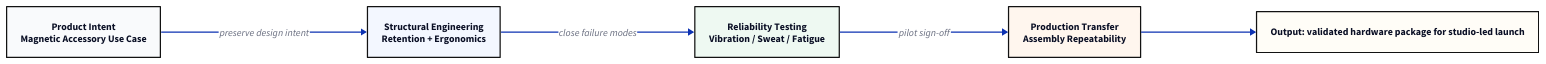
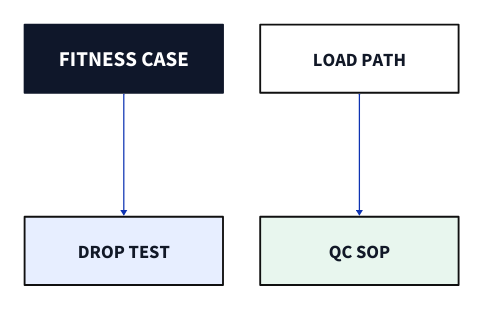
One commit to shenlian583-afk/tianan changed the diagram in assets/covers/d2/cover-fitness.d2. Above: the diagram before and after it, drawn with D2. The commit also changed 23 other files, not shown here.

```diff
--- a/assets/covers/d2/cover-fitness.d2
+++ b/assets/covers/d2/cover-fitness.d2
@@ -1,42 +1,58 @@
-direction: right
+direction: down
 
-product: {
-  label: "Product Intent\nMagnetic Accessory Use Case"
-  style.fill: "#F9FAFC"
-  style.stroke: "#121212"
-  style.stroke-width: 2
+r1: {
+  label: ""
+  style.stroke-width: 0
+  style.fill: "transparent"
+  direction: right
+  a: {
+    label: "FITNESS CASE"
+    width: 320
+    height: 110
+    style.fill: "#0F172A"
+    style.stroke: "#0F172A"
+    style.stroke-width: 3
+    style.font-color: "#FFFFFF"
+    style.font-size: 34
+  }
+  b: {
+    label: "LOAD PATH"
+    width: 320
+    height: 110
+    style.fill: "#FFFFFF"
+    style.stroke: "#101010"
+    style.stroke-width: 3
+    style.font-size: 30
+    style.font-color: "#111827"
+  }
 }
 
-structure: {
-  label: "Structural Engineering\nRetention + Ergonomics"
-  style.fill: "#F3F7FF"
-  style.stroke: "#121212"
-  style.stroke-width: 2
+r2: {
+  label: ""
+  style.stroke-width: 0
+  style.fill: "transparent"
+  direction: right
+  c: {
+    label: "DROP TEST"
+    width: 320
+    height: 110
+    style.fill: "#E7EEFF"
+    style.stroke: "#101010"
+    style.stroke-width: 3
+    style.font-size: 30
+    style.font-color: "#111827"
+  }
+  d: {
+    label: "QC SOP"
+    width: 320
+    height: 110
+    style.fill: "#E8F6EE"
+    style.stroke: "#101010"
+    style.stroke-width: 3
+    style.font-size: 30
+    style.font-color: "#111827"
+  }
 }
 
-testing: {
-  label: "Reliability Testing\nVibration / Sweat / Fatigue"
-  style.fill: "#EEF9F2"
-  style.stroke: "#121212"
-  style.stroke-width: 2
-}
-
-scale: {
-  label: "Production Transfer\nAssembly Repeatability"
-  style.fill: "#FFF6EE"
-  style.stroke: "#121212"
-  style.stroke-width: 2
-}
-
-product -> structure: "preserve design intent"
-structure -> testing: "close failure modes"
-testing -> scale: "pilot sign-off"
-
-note: {
-  label: "Output: validated hardware package for studio-led launch"
-  style.fill: "#FFFDF7"
-  style.stroke: "#121212"
-  style.stroke-width: 2
-}
-
-scale -> note
+r1.a -> r2.c
+r1.b -> r2.d
```
